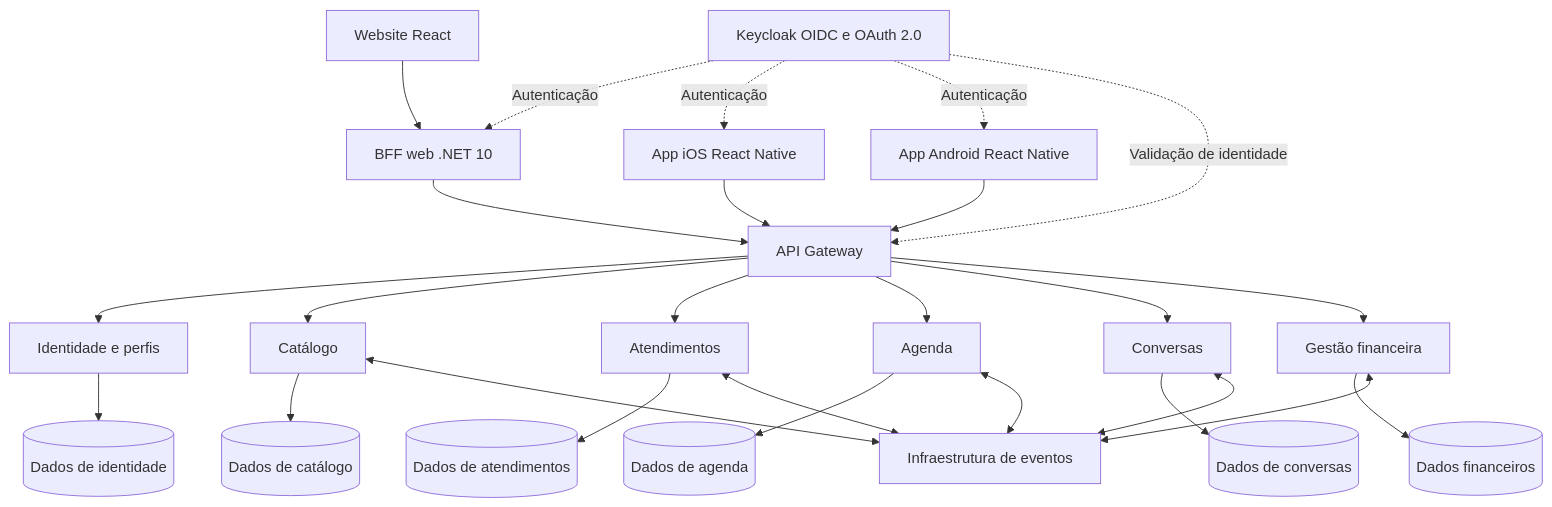
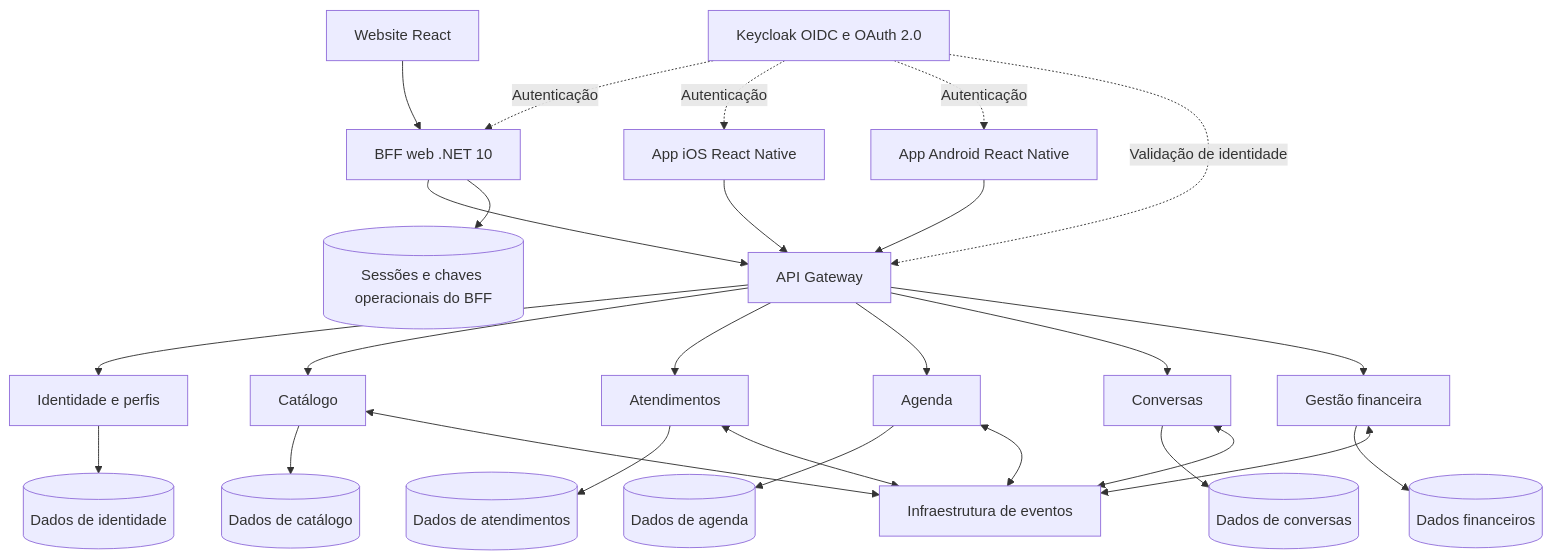
One commit to vitorvianna05/InkLink-Platform changed the diagram in docs/architecture.md. Above: the diagram before and after it, drawn with Mermaid. The commit also changed other lines of this file and 25 other files, not shown here.

````diff
--- a/docs/architecture.md
+++ b/docs/architecture.md
@@ -40,28 +40,29 @@
 ```mermaid
 flowchart TB
     Web[Website React] --> BFF[BFF web .NET 10]
     BFF --> Gateway[API Gateway]
+    BFF --> BffData[(Sessões e chaves operacionais do BFF)]
     IOS[App iOS React Native] --> Gateway
     Android[App Android React Native] --> Gateway
     Auth[Keycloak OIDC e OAuth 2.0] -. Autenticação .-> BFF
     Auth -. Autenticação .-> IOS
     Auth -. Autenticação .-> Android
     Auth -. Validação de identidade .-> Gateway
     Gateway --> Identity[Identidade e perfis]
     Gateway --> Catalog[Catálogo]
     Gateway --> Care[Atendimentos]
     Gateway --> Schedule[Agenda]
     Gateway --> Chat[Conversas]
     Gateway --> Finance[Gestão financeira]
     Identity --> IdentityData[(Dados de identidade)]
     Catalog --> CatalogData[(Dados de catálogo)]
     Care --> CareData[(Dados de atendimentos)]
     Schedule --> ScheduleData[(Dados de agenda)]
     Chat --> ChatData[(Dados de conversas)]
     Finance --> FinanceData[(Dados financeiros)]
     Care <--> Events[Infraestrutura de eventos]
     Schedule <--> Events
     Chat <--> Events
     Finance <--> Events
     Catalog <--> Events
 ```
````
